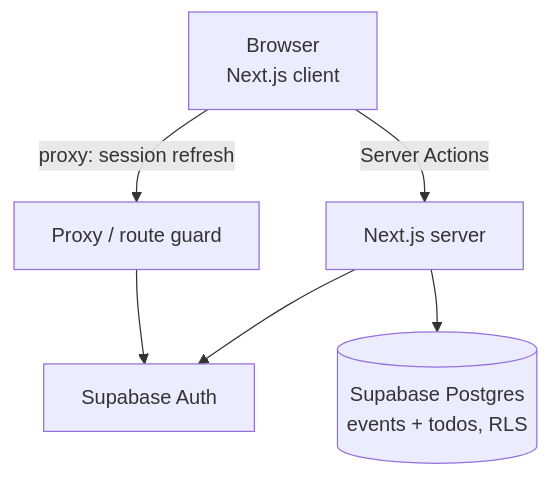
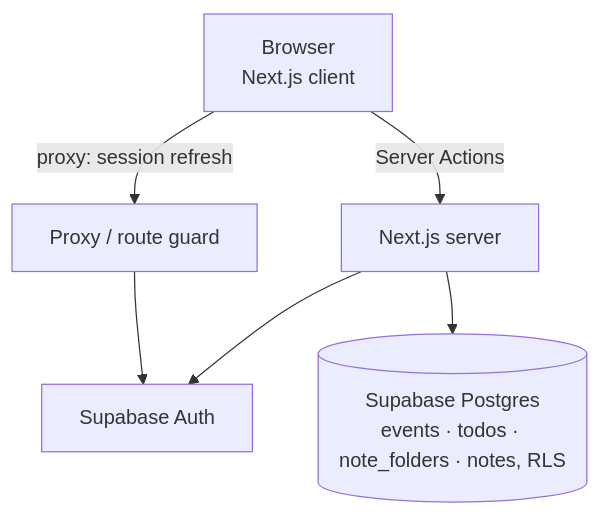
Before and after one commit to BobbiJohnson03/luce: the first of 2 diagrams in README.md, drawn with Mermaid. The commit also changed other lines of this file and 1 other file, not shown here.

First line of the commit message:
docs: document the notes workspace and add AGENTS.md

````diff
--- a/README.md
+++ b/README.md
@@ -64,8 +67,8 @@
 ```mermaid
 graph TD
     A[Browser<br/>Next.js client] -->|Server Actions| B[Next.js server]
     A -->|proxy: session refresh| P[Proxy / route guard]
     B --> C[Supabase Auth]
-    B --> D[(Supabase Postgres<br/>events + todos, RLS)]
+    B --> D[(Supabase Postgres<br/>events · todos · note_folders · notes, RLS)]
     P --> C
 ```
````
